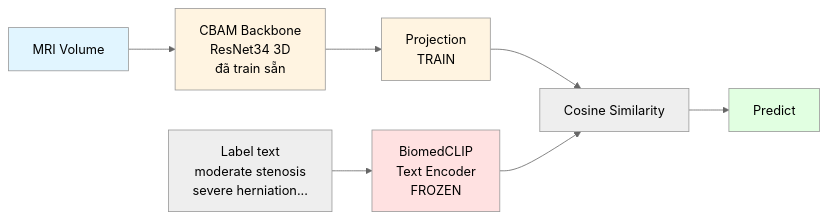
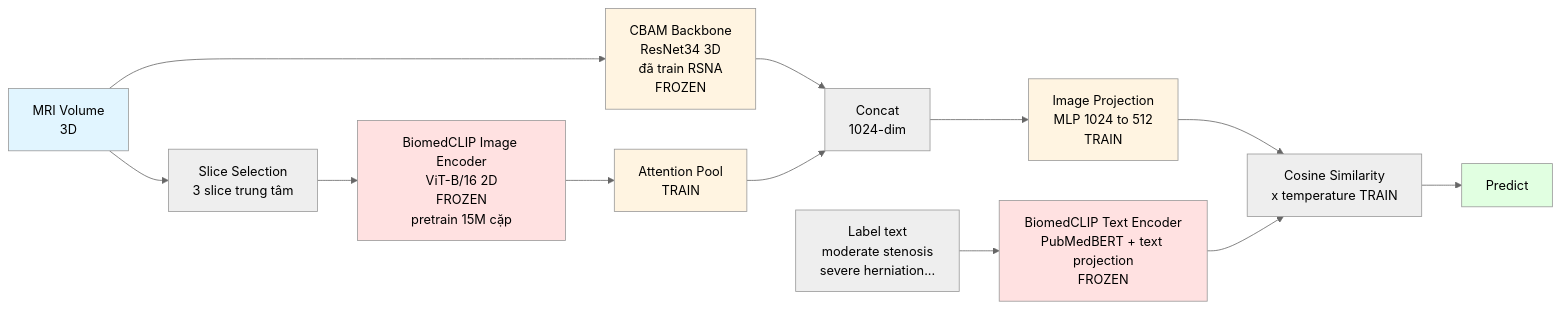
One commit to trungkien04102002/spinet-v2 changed the diagram in experiments/paper_results/HIGH_LEVEL_ARCHITECTURE.md. Above: the diagram before and after it, drawn with Mermaid. The commit also changed other lines of this file and 19 other files, not shown here.

````diff
--- a/experiments/paper_results/HIGH_LEVEL_ARCHITECTURE.md
+++ b/experiments/paper_results/HIGH_LEVEL_ARCHITECTURE.md
@@ -5,19 +11,31 @@
 ```mermaid
 %%{init: {'theme':'neutral'}}%%
 flowchart LR
-    V[MRI Volume] --> CBAM[CBAM Backbone<br/>ResNet34 3D<br/>đã train sẵn]
-    CBAM --> PROJ[Projection<br/>TRAIN]
+    V[MRI Volume<br/>3D]
 
-    T[Label text<br/>moderate stenosis<br/>severe herniation...] --> BMC[BiomedCLIP<br/>Text Encoder<br/>FROZEN]
+    V --> CBAM[CBAM Backbone<br/>ResNet34 3D<br/>đã train RSNA<br/>FROZEN]
+    V --> SS[Slice Selection<br/>3 slice trung tâm]
 
-    PROJ --> SIM[Cosine Similarity]
-    BMC --> SIM
+    SS --> BMCI[BiomedCLIP Image Encoder<br/>ViT-B/16 2D<br/>FROZEN<br/>pretrain 15M cặp]
+    BMCI --> POOL[Attention Pool<br/>TRAIN]
+
+    CBAM --> CAT[Concat<br/>1024-dim]
+    POOL --> CAT
+
+    CAT --> PROJ[Image Projection<br/>MLP 1024 to 512<br/>TRAIN]
+
+    T[Label text<br/>moderate stenosis<br/>severe herniation...] --> BMCT[BiomedCLIP Text Encoder<br/>PubMedBERT + text projection<br/>FROZEN]
+
+    PROJ --> SIM[Cosine Similarity<br/>x temperature TRAIN]
+    BMCT --> SIM
 
     SIM --> OUT[Predict]
 
     style V fill:#e1f5ff
     style CBAM fill:#fff4e1
-    style BMC fill:#ffe1e1
+    style BMCI fill:#ffe1e1
+    style BMCT fill:#ffe1e1
+    style POOL fill:#fff4e1
     style PROJ fill:#fff4e1
     style OUT fill:#e1ffe1
 ```
````
